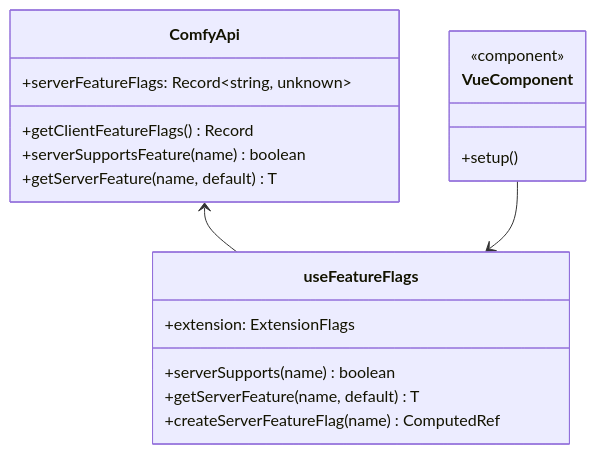
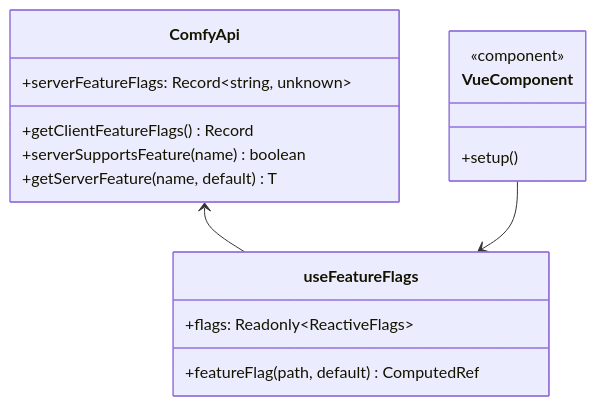
Before and after one commit to Comfy-Org/ComfyUI_frontend: the fourth of 7 diagrams in docs/FEATURE_FLAGS.md, drawn with Mermaid. The commit also changed other lines of this file and 12 other files, not shown here.

````diff
--- a/docs/FEATURE_FLAGS.md
+++ b/docs/FEATURE_FLAGS.md
@@ -122,24 +122,22 @@
 ```mermaid
 classDiagram
     class ComfyApi {
         +serverFeatureFlags: Record~string, unknown~
         +getClientFeatureFlags() Record
         +serverSupportsFeature(name) boolean
         +getServerFeature(name, default) T
     }
 
     class useFeatureFlags {
-        +serverSupports(name) boolean
-        +getServerFeature(name, default) T
-        +createServerFeatureFlag(name) ComputedRef
-        +extension: ExtensionFlags
+        +flags: Readonly~ReactiveFlags~
+        +featureFlag(path, default) ComputedRef
     }
 
     class VueComponent {
         <<component>>
         +setup()
     }
 
     ComfyApi <-- useFeatureFlags
     VueComponent --> useFeatureFlags
 ```
````
